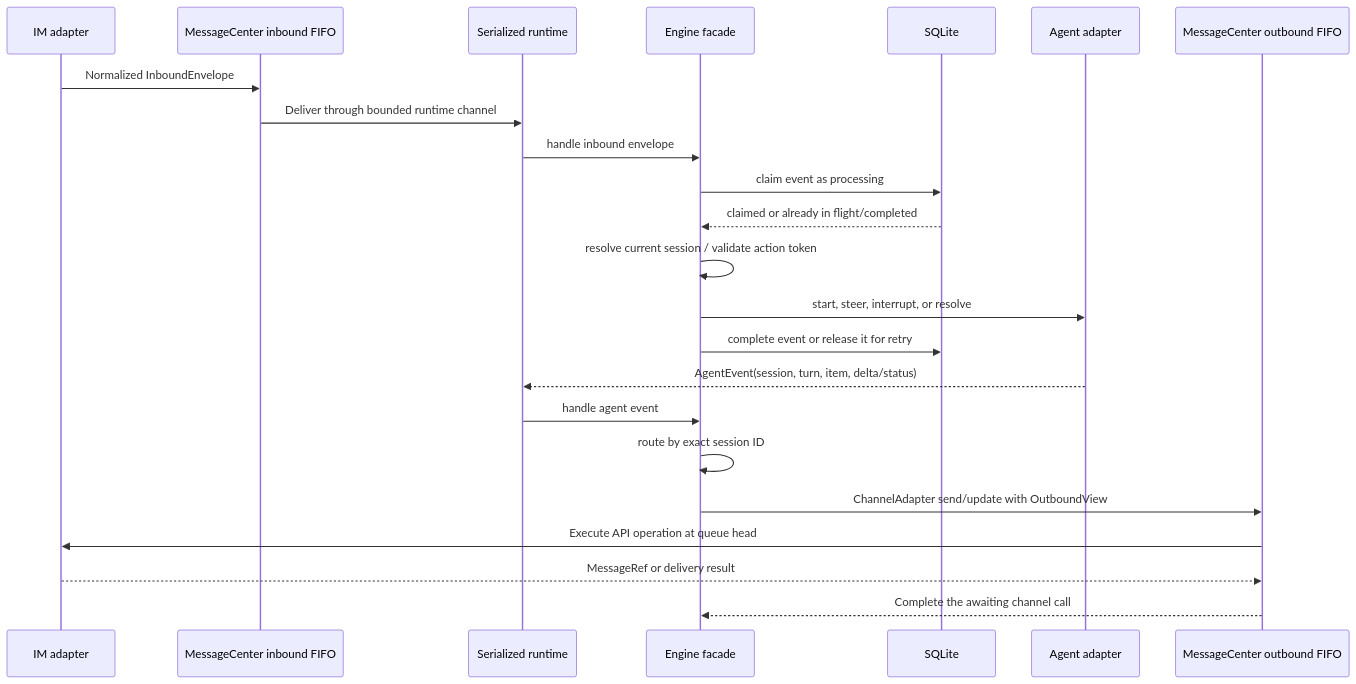
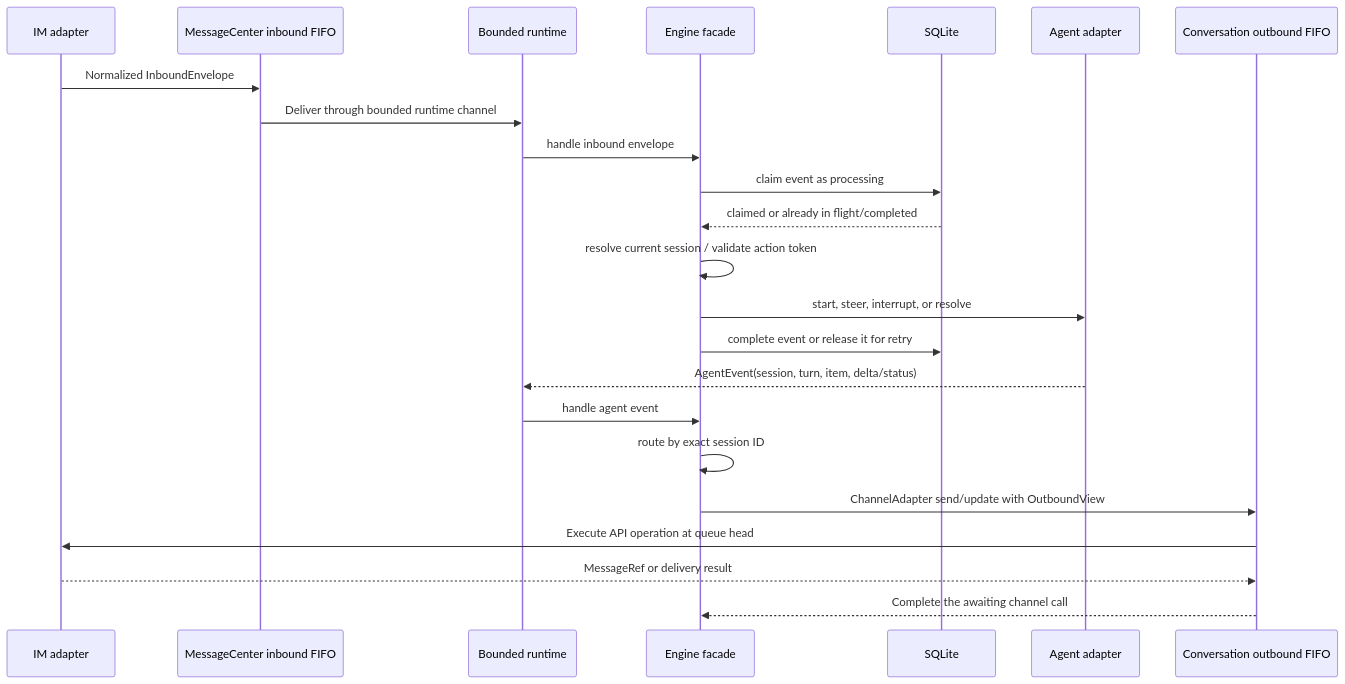
One commit to tenfyzhong/agentix changed the third of 4 diagrams in docs/architecture.md. Above: the diagram before and after it, drawn with Mermaid. The commit also changed other lines of this file and 187 other files, not shown here.

````diff
--- a/docs/architecture.md
+++ b/docs/architecture.md
@@ -87,26 +141,26 @@
 ```mermaid
 sequenceDiagram
     participant IM as IM adapter
     participant In as MessageCenter inbound FIFO
-    participant Runtime as Serialized runtime
+    participant Runtime as Bounded runtime
     participant Core as Engine facade
     participant DB as SQLite
     participant Agent as Agent adapter
-    participant Out as MessageCenter outbound FIFO
+    participant Out as Conversation outbound FIFO
 
     IM->>In: Normalized InboundEnvelope
     In->>Runtime: Deliver through bounded runtime channel
     Runtime->>Core: handle inbound envelope
     Core->>DB: claim event as processing
     DB-->>Core: claimed or already in flight/completed
     Core->>Core: resolve current session / validate action token
     Core->>Agent: start, steer, interrupt, or resolve
     Core->>DB: complete event or release it for retry
     Agent-->>Runtime: AgentEvent(session, turn, item, delta/status)
     Runtime->>Core: handle agent event
     Core->>Core: route by exact session ID
     Core->>Out: ChannelAdapter send/update with OutboundView
     Out->>IM: Execute API operation at queue head
     IM-->>Out: MessageRef or delivery result
     Out-->>Core: Complete the awaiting channel call
 ```
````
